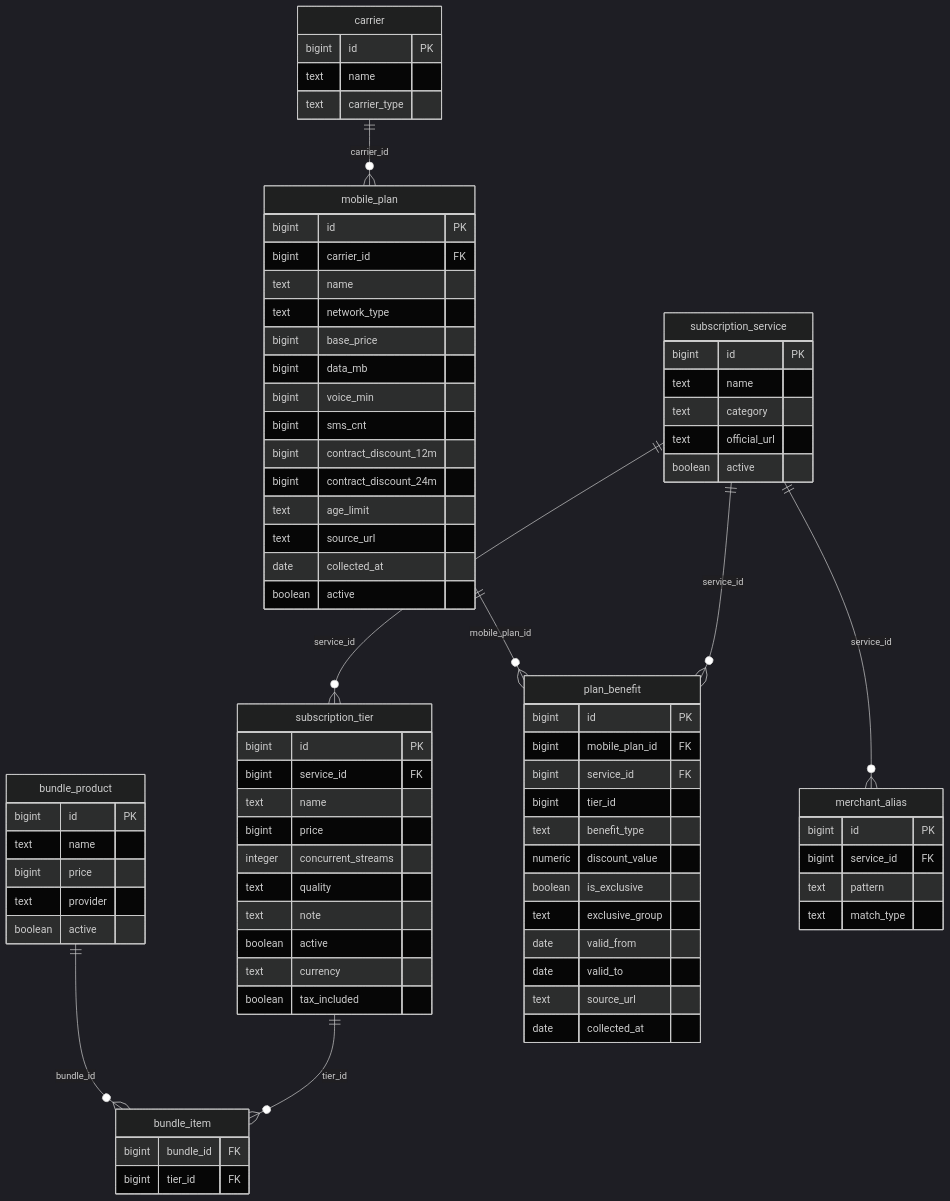
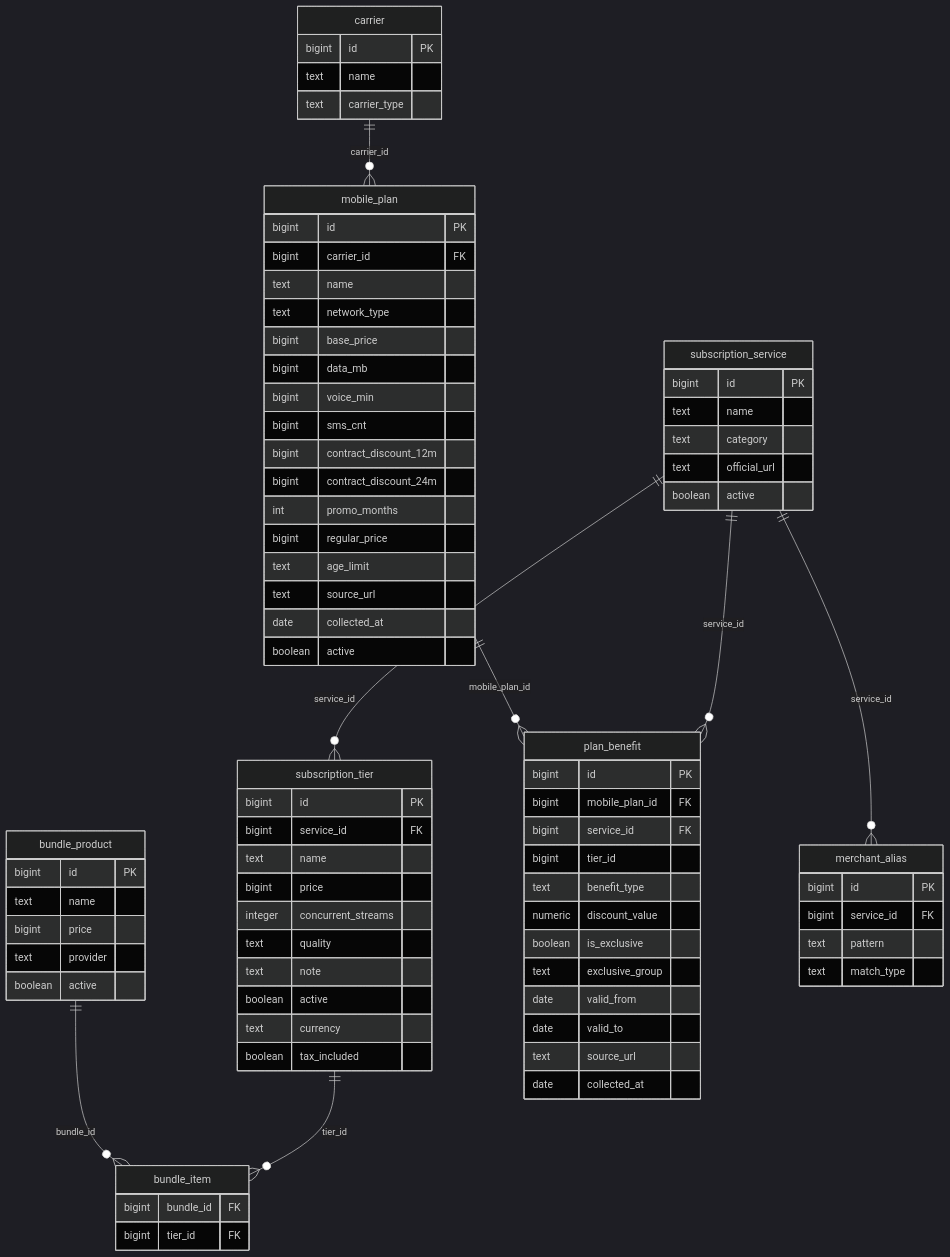
Before and after one commit to yogoB/BE_main: the first of 5 diagrams in docs/erd.md, drawn with Mermaid (dark theme). The commit also changed other lines of this file and 5 other files, not shown here.

First line of the commit message:
docs: ERD·구조도·다이어그램을 V33 기준으로 최신화

```diff
--- a/docs/erd.md
+++ b/docs/erd.md
@@ -38,6 +38,8 @@
         bigint sms_cnt
         bigint contract_discount_12m
         bigint contract_discount_24m
+        int promo_months
+        bigint regular_price
         text age_limit
         text source_url
         date collected_at
```
